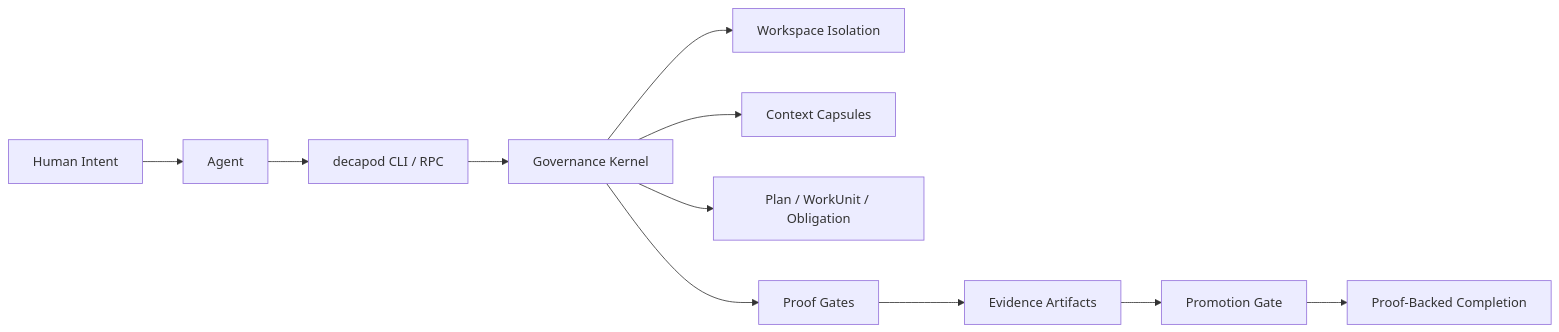
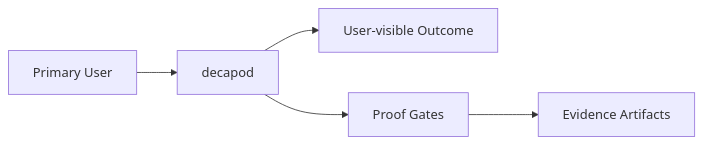
One commit to DecapodLabs/decapod changed the diagram in .decapod/managed/specs/INTENT.md. Above: the diagram before and after it, drawn with Mermaid. The commit also changed other lines of this file and 29 other files, not shown here.

````diff
--- a/.decapod/managed/specs/INTENT.md
+++ b/.decapod/managed/specs/INTENT.md
@@ -70,13 +31,7 @@
 ```mermaid
 flowchart LR
-  A[Human Intent] --> B[Agent]
-  B --> C[decapod CLI / RPC]
-  C --> D[Governance Kernel]
-  D --> E[Workspace Isolation]
-  D --> F[Context Capsules]
-  D --> G[Plan / WorkUnit / Obligation]
-  D --> H[Proof Gates]
-  H --> I[Evidence Artifacts]
-  I --> J[Promotion Gate]
-  J --> K[Proof-Backed Completion]
+  U[Primary User] --> P[decapod]
+  P --> O[User-visible Outcome]
+  P --> G[Proof Gates]
+  G --> E[Evidence Artifacts]
 ```
````
